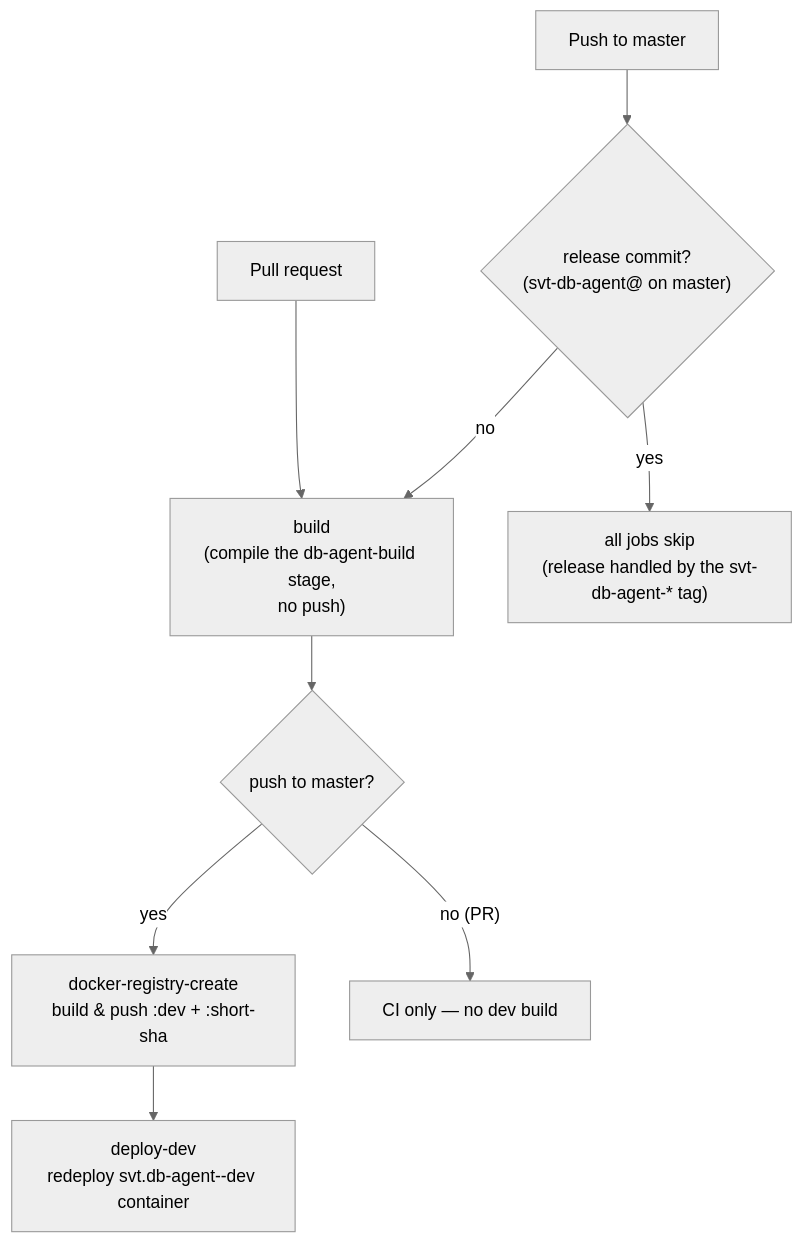
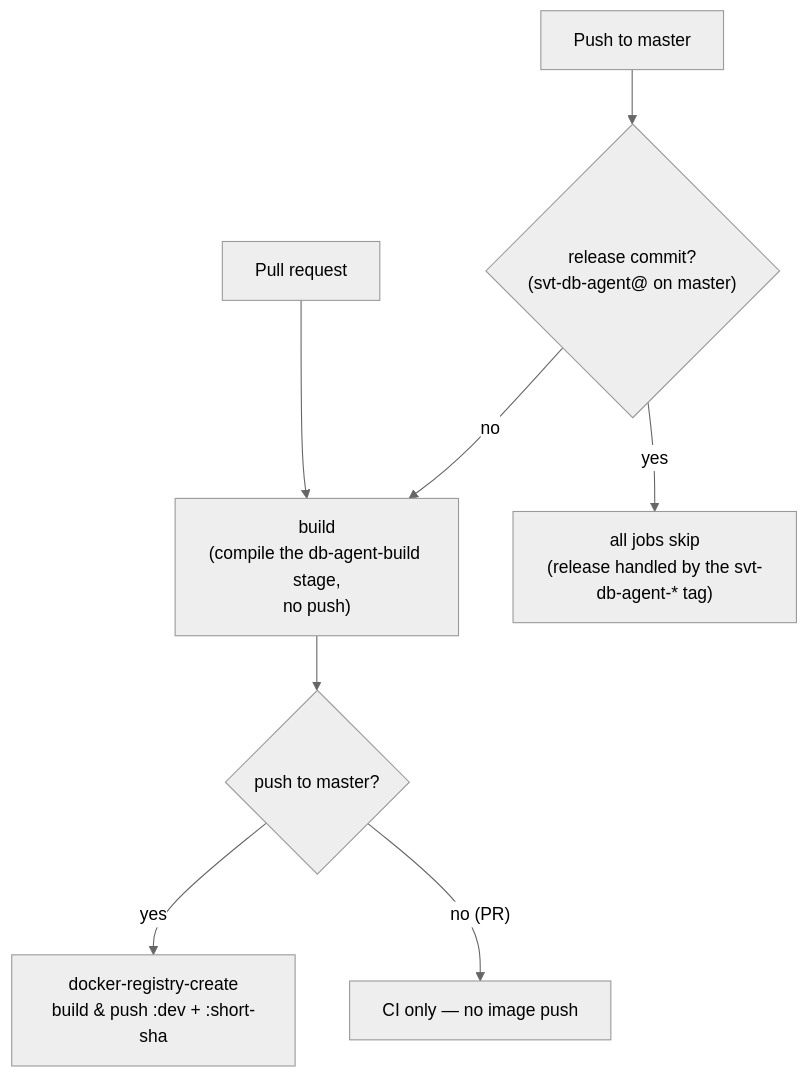
Before and after one commit to SVT-WP2/SVTSW: the second of 4 diagrams in DbAgent/README.md, drawn with Mermaid (neutral theme). The commit also changed other lines of this file and 21 other files, not shown here.

First line of the commit message:
#371 :: DB Next :: Docker image, CI/CD and dev deployment for svt-db-agent-next

````diff
--- a/DbAgent/README.md
+++ b/DbAgent/README.md
@@ -104,11 +111,10 @@
 ```mermaid
 flowchart TD
     PR["Pull request"] --> A
     PUSH["Push to master"] --> G{"release commit?<br/>(svt-db-agent@ on master)"}
     G -->|"yes"| SK["all jobs skip<br/>(release handled by the svt-db-agent-* tag)"]
     G -->|"no"| A["build<br/>(compile the db-agent-build stage,<br/>no push)"]
     A --> Q{"push to master?"}
     Q -->|yes| E["docker-registry-create<br/>build & push :dev + :short-sha"]
-    E --> F["deploy-dev<br/>redeploy svt.db-agent--dev container"]
-    Q -->|"no (PR)"| Z["CI only — no dev build"]
+    Q -->|"no (PR)"| Z["CI only — no image push"]
 ```
````
